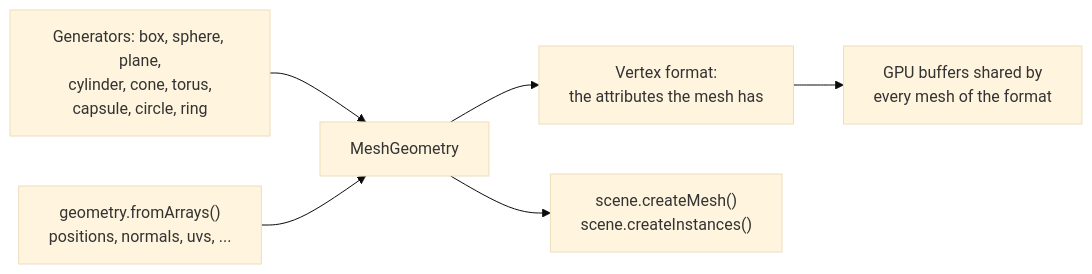
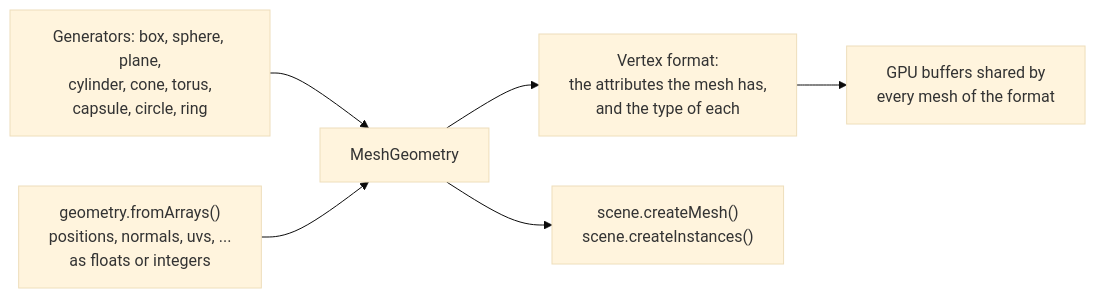
The diagram in docs/api/geometry.md (null3d-engine/null3d), drawn with Mermaid (base theme) before and after one commit. The commit also changed other lines of this file and 61 other files, not shown here.

````diff
--- a/docs/api/geometry.md
+++ b/docs/api/geometry.md
@@ -13,8 +13,8 @@
 ```mermaid
 flowchart LR
     gen["Generators: box, sphere, plane,<br/>cylinder, cone, torus,<br/>capsule, circle, ring"] --> mesh["MeshGeometry"]
-    arrays["geometry.fromArrays()<br/>positions, normals, uvs, ..."] --> mesh
-    mesh --> format["Vertex format:<br/>the attributes the mesh has"]
+    arrays["geometry.fromArrays()<br/>positions, normals, uvs, ...<br/>as floats or integers"] --> mesh
+    mesh --> format["Vertex format:<br/>the attributes the mesh has,<br/>and the type of each"]
     format --> pages["GPU buffers shared by<br/>every mesh of the format"]
     mesh --> objects["scene.createMesh()<br/>scene.createInstances()"]
 ```
````
